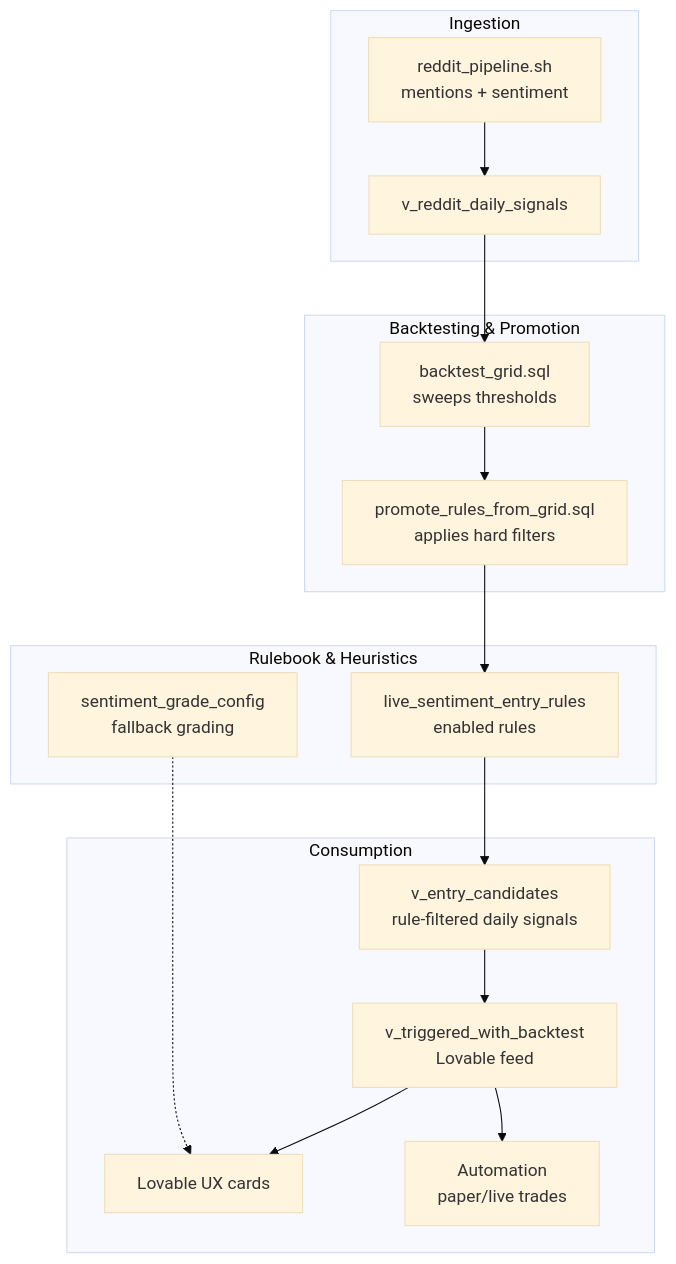
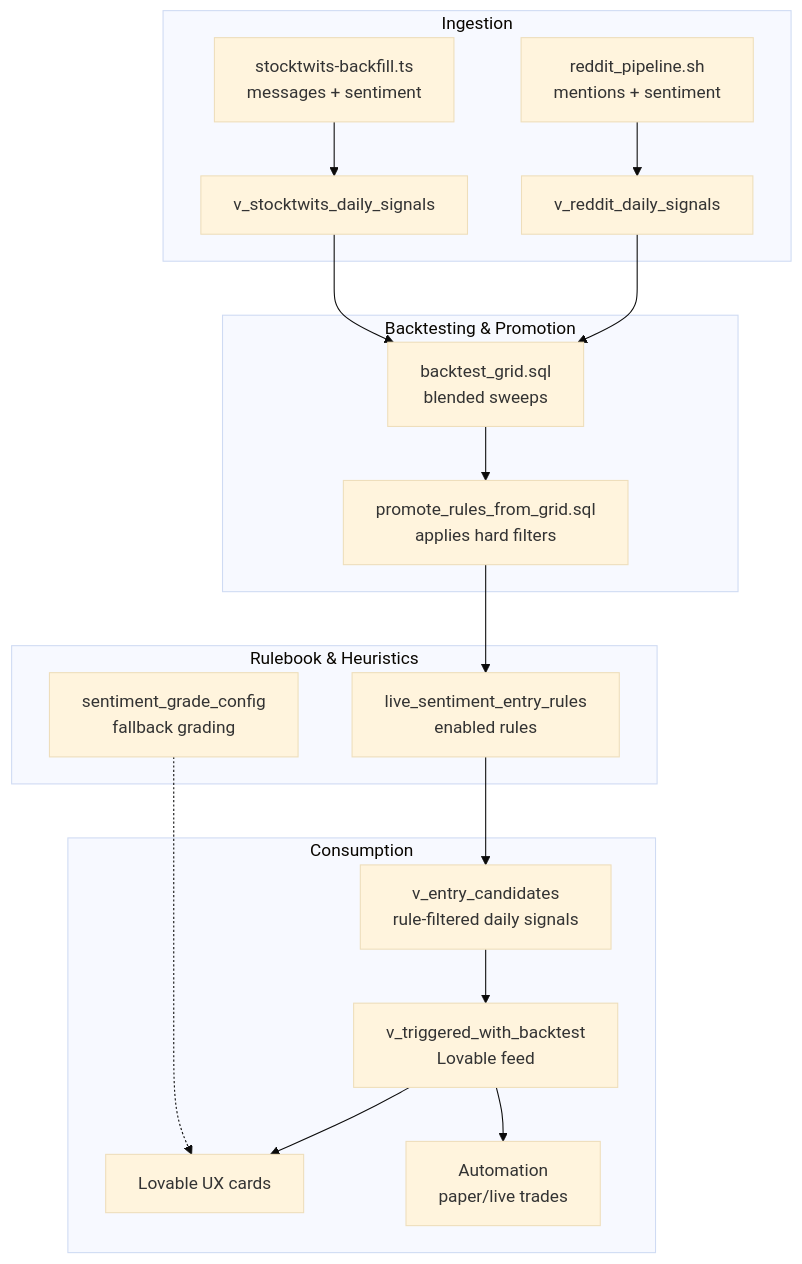
The diagram in reddit-utils/RecommendingTrades.md (DavidHoseBoulder/moonshot-memestock-hub), drawn with Mermaid (base theme) before and after one commit. The commit also changed other lines of this file and 1 other file, not shown here.

Commit message:
Add nightly grid runner and document hardened recommendations

````diff
--- a/reddit-utils/RecommendingTrades.md
+++ b/reddit-utils/RecommendingTrades.md
@@ -5,28 +5,31 @@
 ```mermaid
 flowchart TD
   subgraph Ingestion
     A[reddit_pipeline.sh<br/>mentions + sentiment]
     B[v_reddit_daily_signals]
+    A2[stocktwits-backfill.ts<br/>messages + sentiment]
+    B2[v_stocktwits_daily_signals]
   end
 
   subgraph Backtesting & Promotion
-    C[backtest_grid.sql<br/>sweeps thresholds]
+    C[backtest_grid.sql<br/>blended sweeps]
     D[promote_rules_from_grid.sql<br/>applies hard filters]
   end
 
   subgraph Rulebook & Heuristics
     E[live_sentiment_entry_rules<br/>enabled rules]
     F[sentiment_grade_config<br/>fallback grading]
   end
 
   subgraph Consumption
     G[v_entry_candidates<br/>rule-filtered daily signals]
     H[v_triggered_with_backtest<br/>Lovable feed]
     I[Lovable UX cards]
     J[Automation<br/>paper/live trades]
   end
 
-  A --> B --> C --> D --> E --> G --> H --> I
+  A --> B --> C--> D --> E --> G --> H --> I
+  A2 --> B2 --> C
   H --> J
   F -.-> I
 ```
````
